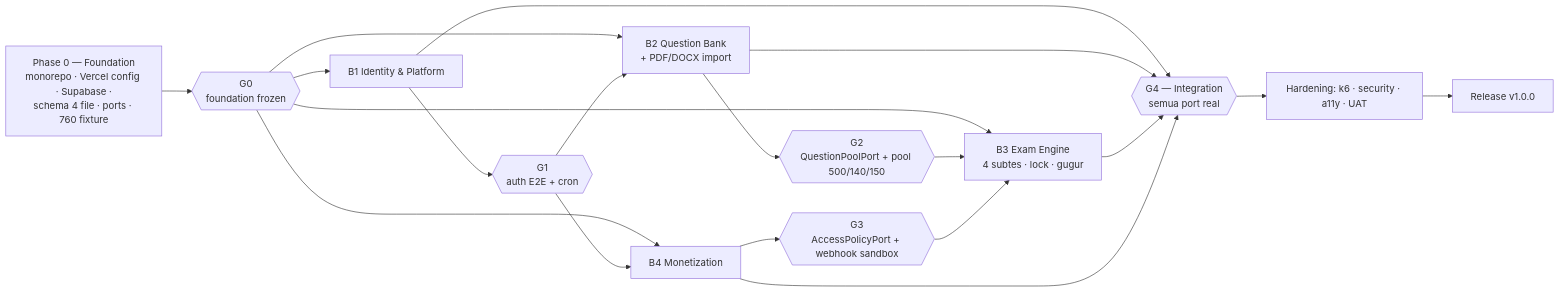
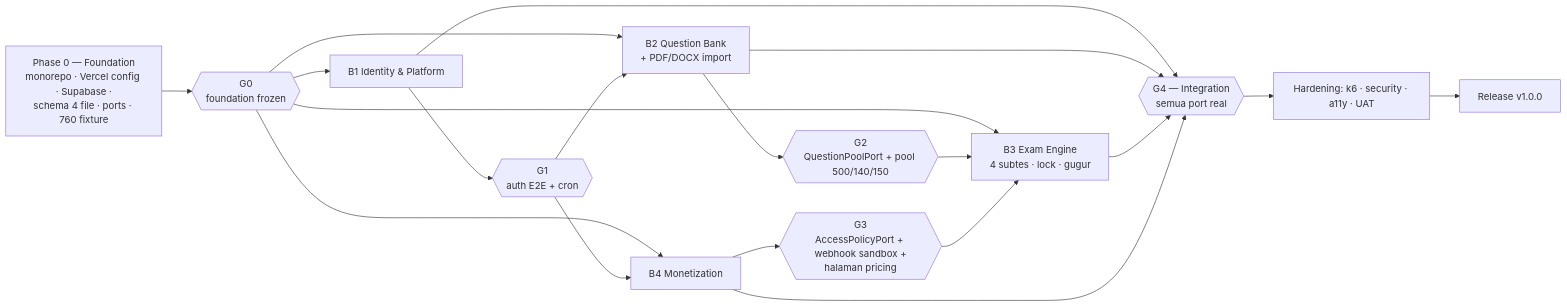
One commit to ululhikam/web_CAT changed diagram 12 of 12 in plan.md. Above: the diagram before and after it, drawn with Mermaid. The commit also changed other lines of this file and 188 other files, not shown here.

````diff
--- a/plan.md
+++ b/plan.md
@@ -1577,21 +1699,21 @@
 ```mermaid
 flowchart LR
   P0["Phase 0 — Foundation<br/>monorepo · Vercel config · Supabase ·<br/>schema 4 file · ports · 760 fixture"] --> G0{{"G0<br/>foundation frozen"}}
   G0 --> B1["B1 Identity & Platform"]
   G0 --> B2["B2 Question Bank<br/>+ PDF/DOCX import"]
   G0 --> B3["B3 Exam Engine<br/>4 subtes · lock · gugur"]
   G0 --> B4["B4 Monetization"]
   B1 --> G1{{"G1<br/>auth E2E + cron"}}
   G1 --> B2
   G1 --> B4
   B2 --> G2{{"G2<br/>QuestionPoolPort + pool 500/140/150"}}
   G2 --> B3
-  B4 --> G3{{"G3<br/>AccessPolicyPort + webhook sandbox"}}
+  B4 --> G3{{"G3<br/>AccessPolicyPort + webhook sandbox +<br/>halaman pricing"}}
   G3 --> B3
   B1 --> G4{{"G4 — Integration<br/>semua port real"}}
   B2 --> G4
   B3 --> G4
   B4 --> G4
   G4 --> H["Hardening: k6 · security · a11y · UAT"]
   H --> R["Release v1.0.0"]
 ```
````
